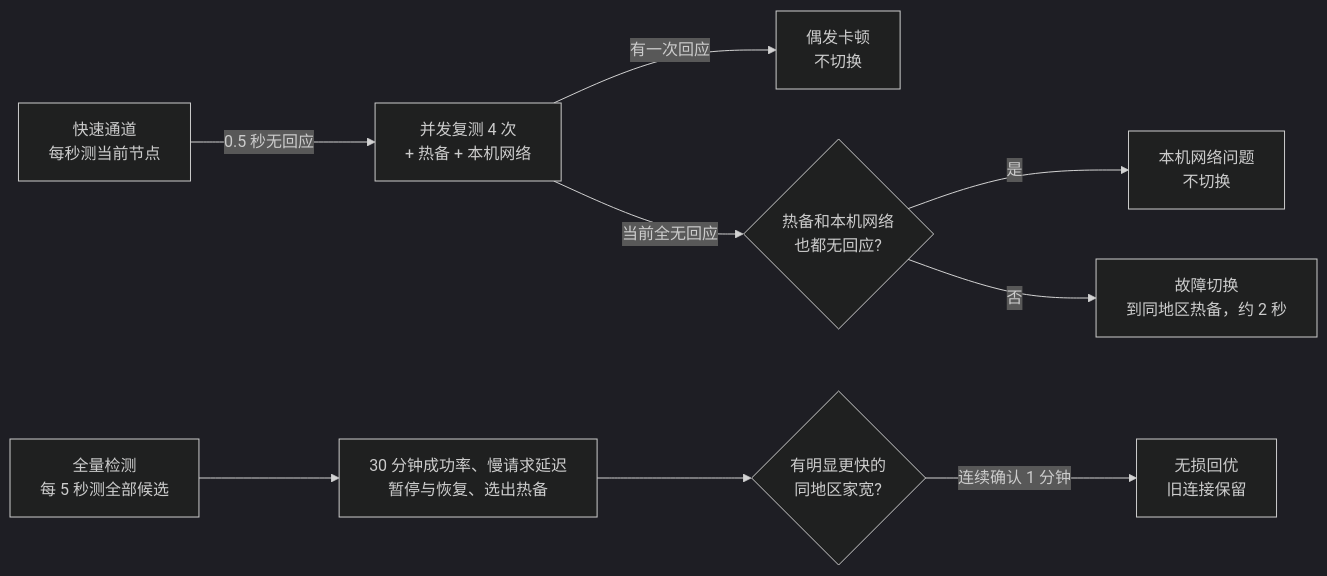
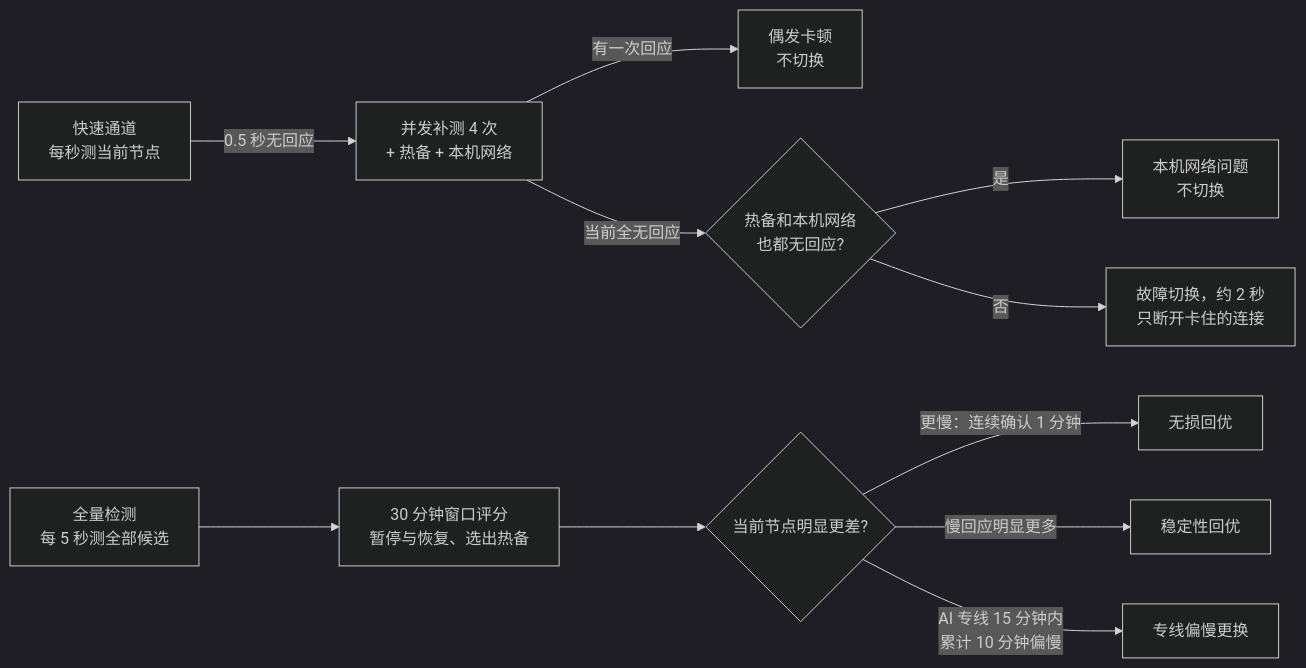
The diagram in README.md (z13141557217-web/steadyroute), drawn with Mermaid (dark theme) before and after one commit. The commit also changed other lines of this file and 6 other files, not shown here.

````diff
--- a/README.md
+++ b/README.md
@@ -85,11 +125,13 @@
 ```mermaid
 flowchart LR
-    A[快速通道<br/>每秒测当前节点] -->|0.5 秒无回应| B[并发复测 4 次<br/>+ 热备 + 本机网络]
+    A[快速通道<br/>每秒测当前节点] -->|0.5 秒无回应| B[并发补测 4 次<br/>+ 热备 + 本机网络]
     B -->|有一次回应| K[偶发卡顿<br/>不切换]
     B -->|当前全无回应| C{热备和本机网络<br/>也都无回应?}
     C -->|是| D[本机网络问题<br/>不切换]
-    C -->|否| E[故障切换<br/>到同地区热备，约 2 秒]
-    F[全量检测<br/>每 5 秒测全部候选] --> G[30 分钟成功率、慢请求延迟<br/>暂停与恢复、选出热备]
-    G --> H{有明显更快的<br/>同地区家宽?}
-    H -->|连续确认 1 分钟| I[无损回优<br/>旧连接保留]
+    C -->|否| E[故障切换，约 2 秒<br/>只断开卡住的连接]
+    F[全量检测<br/>每 5 秒测全部候选] --> G[30 分钟窗口评分<br/>暂停与恢复、选出热备]
+    G --> H{当前节点明显更差?}
+    H -->|更慢：连续确认 1 分钟| I[无损回优]
+    H -->|慢回应明显更多| J[稳定性回优]
+    H -->|AI 专线 15 分钟内<br/>累计 10 分钟偏慢| L[专线偏慢更换]
 ```
````
